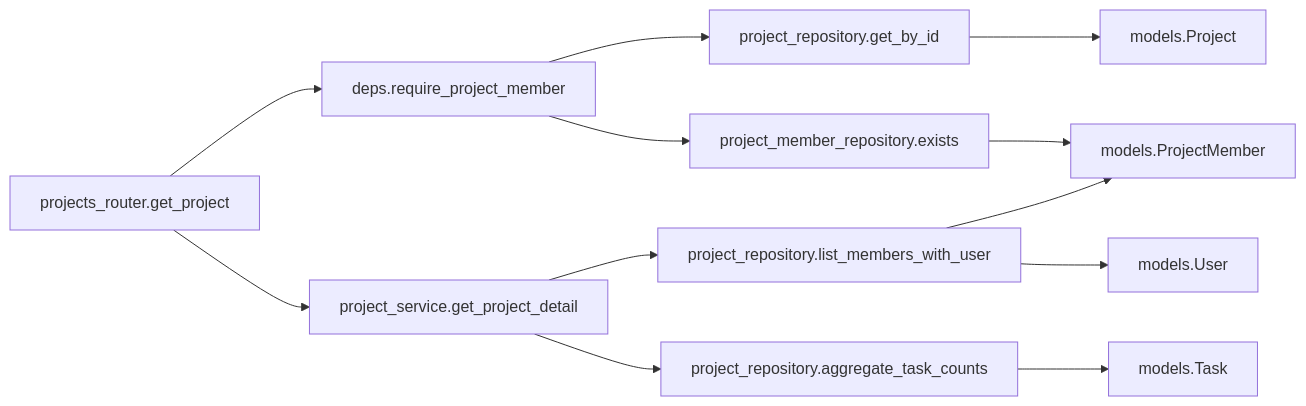
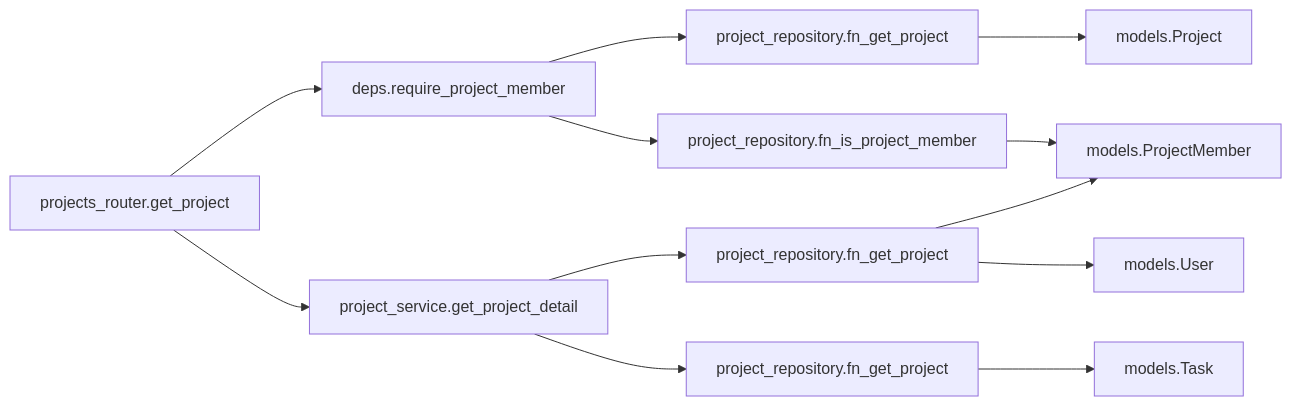
The third of 4 diagrams in detailed_design/api/projects/03_get_project.md (oikawa-d/task_management), drawn with Mermaid before and after one commit. The commit also changed other lines of this file and 58 other files, not shown here.

````diff
--- a/detailed_design/api/projects/03_get_project.md
+++ b/detailed_design/api/projects/03_get_project.md
@@ -216,14 +216,14 @@
 ```mermaid
 flowchart LR
     R["projects_router.get_project"] --> D["deps.require_project_member"]
-    D --> RP1["project_repository.get_by_id"]
-    D --> RP2["project_member_repository.exists"]
+    D --> RP1["project_repository.fn_get_project"]
+    D --> RP2["project_repository.fn_is_project_member"]
     R --> S["project_service.get_project_detail"]
-    S --> RP3["project_repository.list_members_with_user"]
-    S --> RP4["project_repository.aggregate_task_counts"]
+    S --> RP3["project_repository.fn_get_project"]
+    S --> RP4["project_repository.fn_get_project"]
     RP1 --> M1["models.Project"]
     RP2 --> M2["models.ProjectMember"]
     RP3 --> M2
     RP3 --> M3["models.User"]
     RP4 --> M4["models.Task"]
 ```
````
